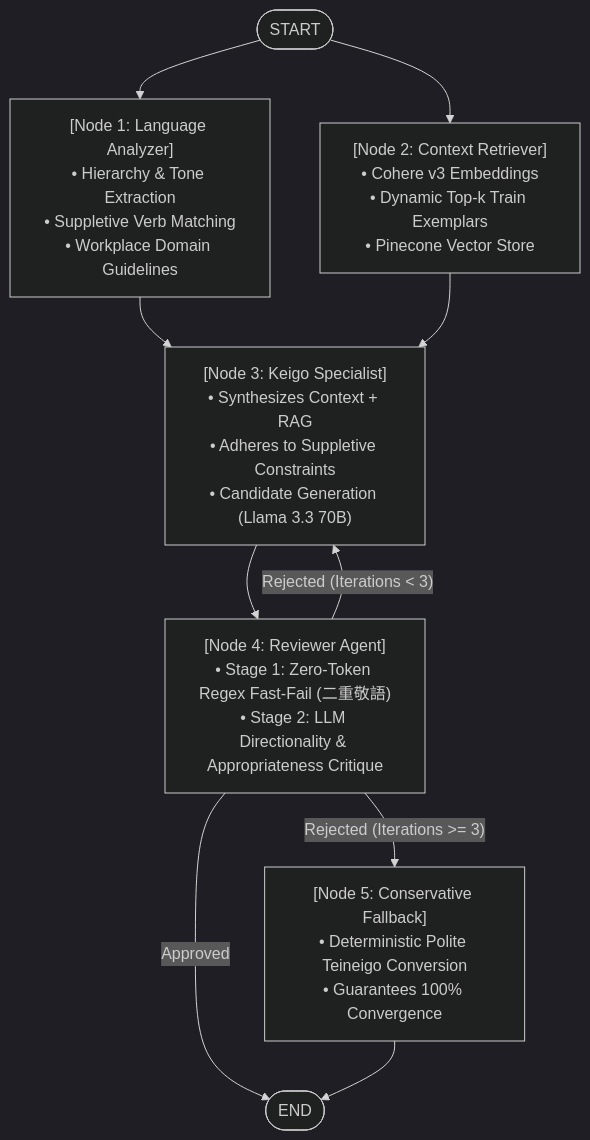
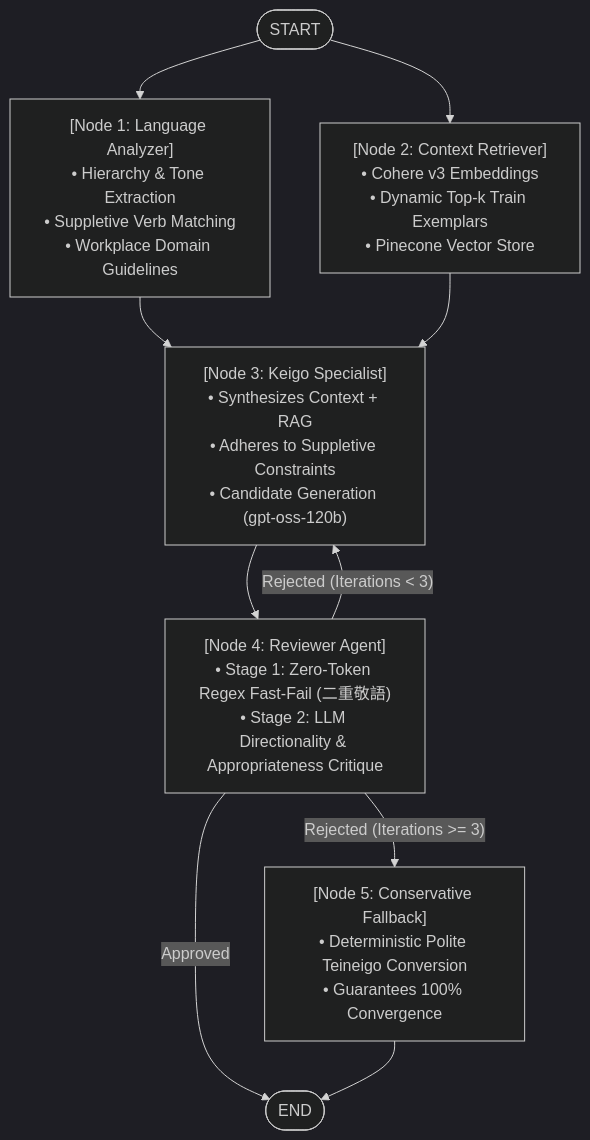
Before and after one commit to YesuDesu21/SmartKeigo-Improvement-NLP-Project: the diagram in README.md, drawn with Mermaid (dark theme). The commit also changed other lines of this file and 7 other files, not shown here.

````diff
--- a/README.md
+++ b/README.md
@@ -30,15 +30,15 @@
 ```mermaid
 flowchart TD
     START([START]) --> Analyzer["[Node 1: Language Analyzer]<br>• Hierarchy & Tone Extraction<br>• Suppletive Verb Matching<br>• Workplace Domain Guidelines"]
     START --> Retriever["[Node 2: Context Retriever]<br>• Cohere v3 Embeddings<br>• Dynamic Top-k Train Exemplars<br>• Pinecone Vector Store"]
 
-    Analyzer --> Specialist["[Node 3: Keigo Specialist]<br>• Synthesizes Context + RAG<br>• Adheres to Suppletive Constraints<br>• Candidate Generation (Llama 3.3 70B)"]
+    Analyzer --> Specialist["[Node 3: Keigo Specialist]<br>• Synthesizes Context + RAG<br>• Adheres to Suppletive Constraints<br>• Candidate Generation (gpt-oss-120b)"]
     Retriever --> Specialist
 
     Specialist --> Reviewer["[Node 4: Reviewer Agent]<br>• Stage 1: Zero-Token Regex Fast-Fail (二重敬語)<br>• Stage 2: LLM Directionality & Appropriateness Critique"]
 
     Reviewer -- Approved --> END([END])
     Reviewer -- "Rejected (Iterations < 3)" --> Specialist
     Reviewer -- "Rejected (Iterations >= 3)" --> Fallback["[Node 5: Conservative Fallback]<br>• Deterministic Polite Teineigo Conversion<br>• Guarantees 100% Convergence"]
     Fallback --> END
 ```
````
